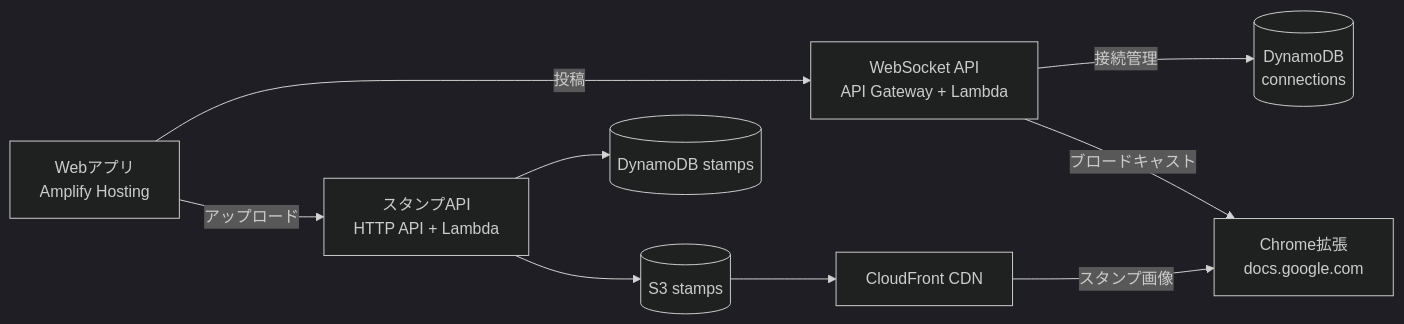
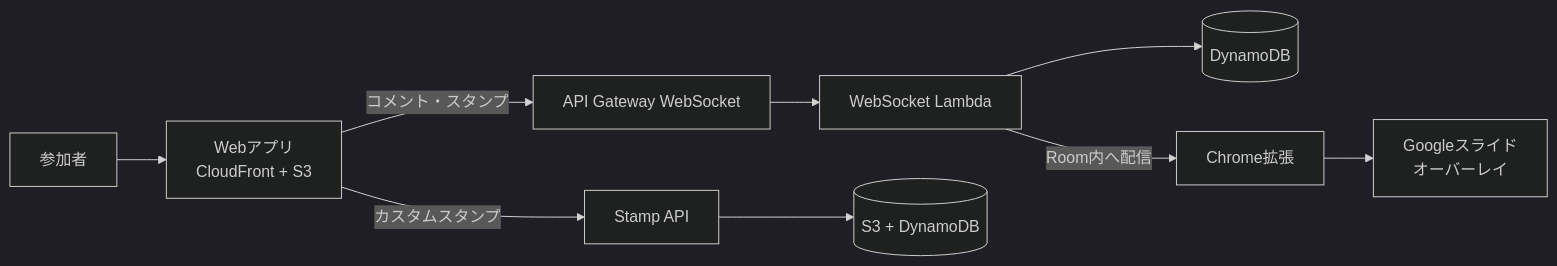
Before and after one commit to shimewtr/comet: the diagram in README.md, drawn with Mermaid (dark theme). The commit also changed other lines of this file and 23 other files, not shown here.

````diff
--- a/README.md
+++ b/README.md
@@ -7,11 +17,11 @@
 ```mermaid
 flowchart LR
-    Web[Webアプリ<br>Amplify Hosting] -- 投稿 --> WS[WebSocket API<br>API Gateway + Lambda]
-    WS -- 接続管理 --> DDB[(DynamoDB<br>connections)]
-    WS -- ブロードキャスト --> Ext[Chrome拡張<br>docs.google.com]
-    Web -- アップロード --> API[スタンプAPI<br>HTTP API + Lambda]
-    API --> S3[(S3 stamps)]
-    API --> DDB2[(DynamoDB stamps)]
-    S3 --> CF[CloudFront CDN]
-    CF -- スタンプ画像 --> Ext
+    User[参加者] --> Web[Webアプリ<br>CloudFront + S3]
+    Web -- コメント・スタンプ --> WS[API Gateway WebSocket]
+    WS --> Lambda[WebSocket Lambda]
+    Lambda --> DDB[(DynamoDB)]
+    Lambda -- Room内へ配信 --> Extension[Chrome拡張]
+    Extension --> Slides[Googleスライド<br>オーバーレイ]
+    Web -- カスタムスタンプ --> StampAPI[Stamp API]
+    StampAPI --> StampStore[(S3 + DynamoDB)]
 ```
````
